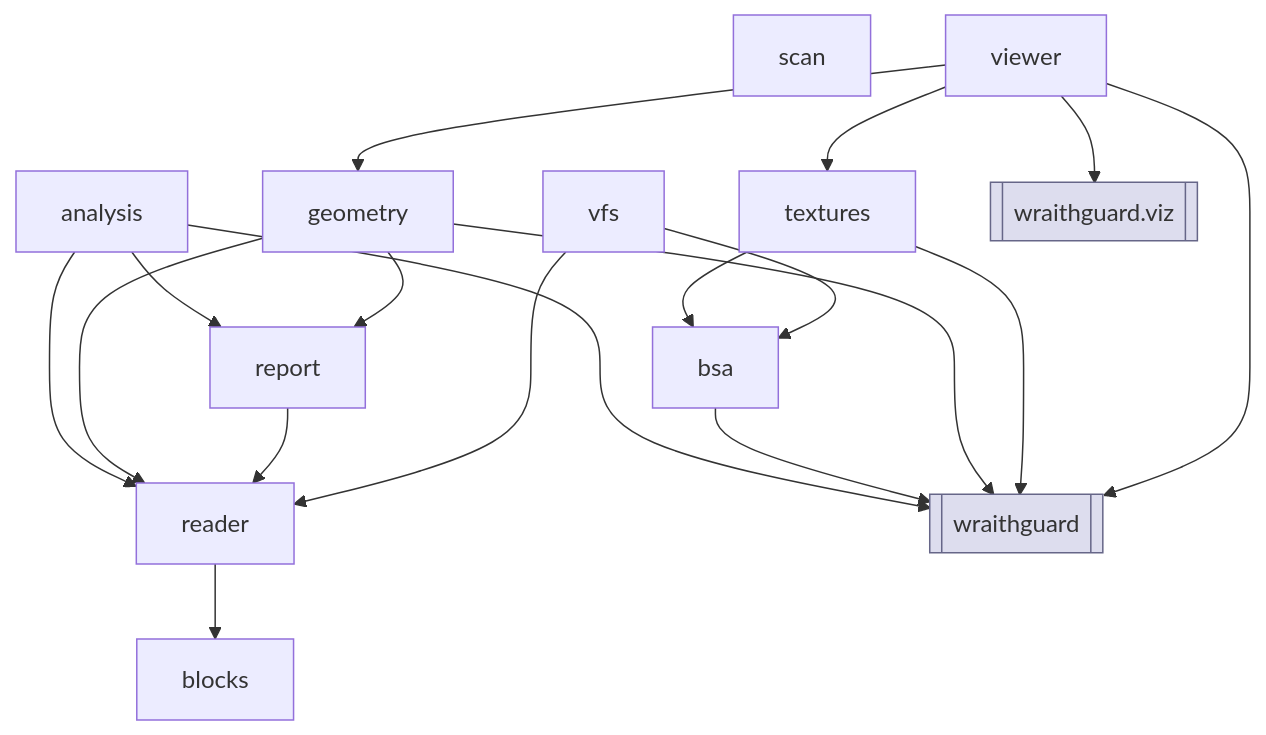
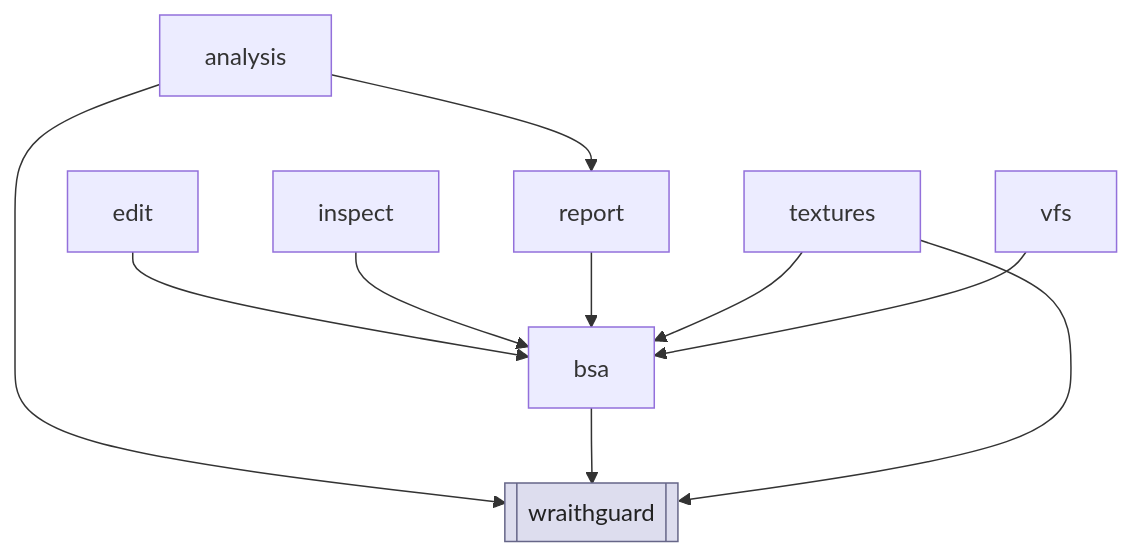
Before and after one commit to staticnation/WraithguardToolkit: diagram 16 of 39 in art/AST-calls.md, drawn with Mermaid. The commit also changed other lines of this file and 25 other files, not shown here.

````diff
--- a/art/AST-calls.md
+++ b/art/AST-calls.md
@@ -571,33 +1211,21 @@
 ```mermaid
 flowchart TD
   n_wraithguard_nif_analysis["analysis"]
-  n_wraithguard_nif_blocks["blocks"]
   n_wraithguard_nif_bsa["bsa"]
-  n_wraithguard_nif_geometry["geometry"]
-  n_wraithguard_nif_reader["reader"]
+  n_wraithguard_nif_edit["edit"]
+  n_wraithguard_nif_inspect["inspect"]
   n_wraithguard_nif_report["report"]
-  n_wraithguard_nif_scan["scan"]
   n_wraithguard_nif_textures["textures"]
   n_wraithguard_nif_vfs["vfs"]
-  n_wraithguard_nif_viewer["viewer"]
   n_PKG_wraithguard[["wraithguard"]]:::pkglink
   n_wraithguard_nif_analysis --> n_PKG_wraithguard
-  n_wraithguard_nif_analysis --> n_wraithguard_nif_reader
   n_wraithguard_nif_analysis --> n_wraithguard_nif_report
   n_wraithguard_nif_bsa --> n_PKG_wraithguard
-  n_wraithguard_nif_geometry --> n_PKG_wraithguard
-  n_wraithguard_nif_geometry --> n_wraithguard_nif_reader
-  n_wraithguard_nif_geometry --> n_wraithguard_nif_report
-  n_wraithguard_nif_reader --> n_wraithguard_nif_blocks
-  n_wraithguard_nif_report --> n_wraithguard_nif_reader
+  n_wraithguard_nif_edit --> n_wraithguard_nif_bsa
+  n_wraithguard_nif_inspect --> n_wraithguard_nif_bsa
+  n_wraithguard_nif_report --> n_wraithguard_nif_bsa
   n_wraithguard_nif_textures --> n_PKG_wraithguard
   n_wraithguard_nif_textures --> n_wraithguard_nif_bsa
   n_wraithguard_nif_vfs --> n_wraithguard_nif_bsa
-  n_wraithguard_nif_vfs --> n_wraithguard_nif_reader
-  n_wraithguard_nif_viewer --> n_PKG_wraithguard
-  n_PKG_wraithguard_viz[["wraithguard.viz"]]:::pkglink
-  n_wraithguard_nif_viewer --> n_PKG_wraithguard_viz
-  n_wraithguard_nif_viewer --> n_wraithguard_nif_geometry
-  n_wraithguard_nif_viewer --> n_wraithguard_nif_textures
-  classDef pkglink fill:#dde,stroke:#668
+  classDef pkglink fill:#dde,stroke:#668,color:#222
 ```
````
